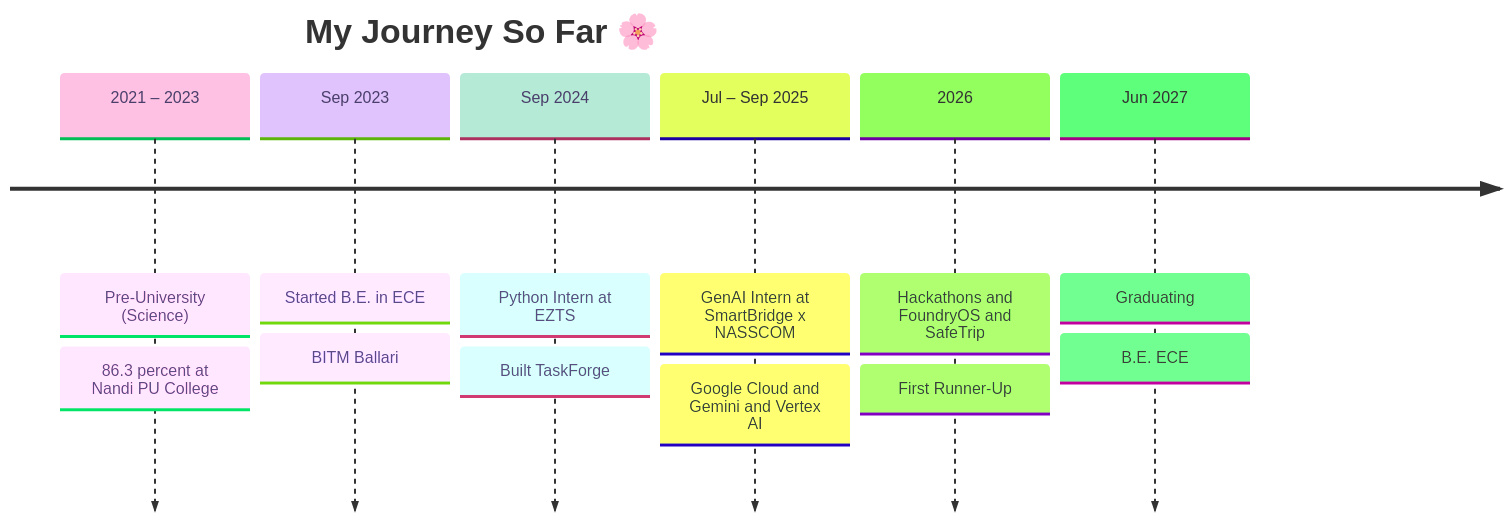
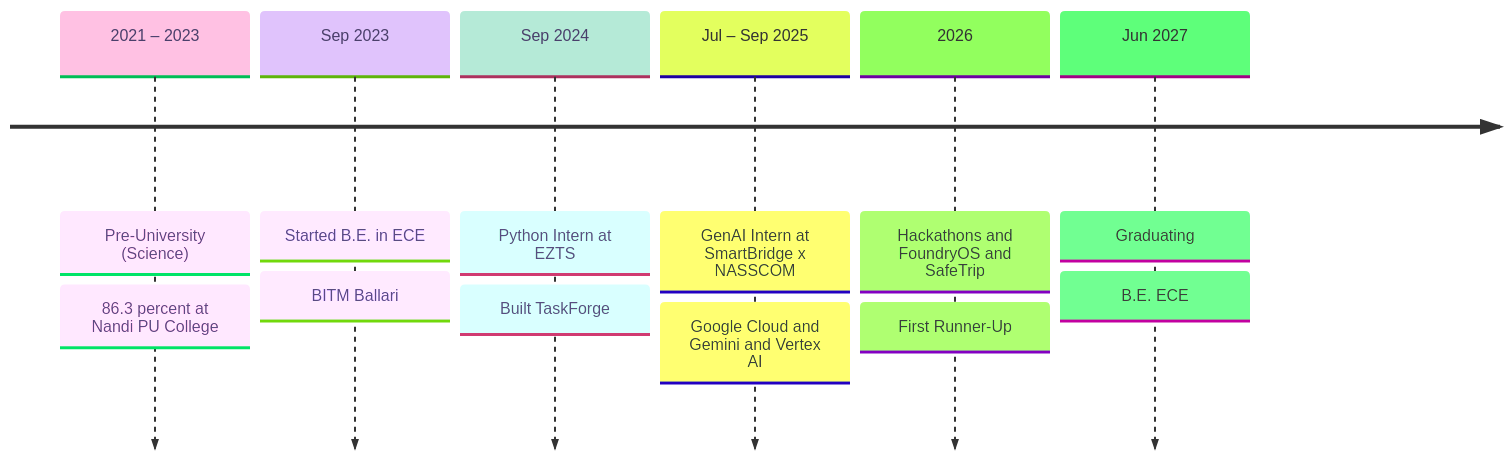
The fifth of 5 diagrams in README.md (Sayeedazaiba/Sayeedazaiba), drawn with Mermaid before and after one commit. The commit also changed other lines of this file, not shown here.

````diff
--- a/README.md
+++ b/README.md
@@ -249,11 +249,10 @@
 ```mermaid
 %%{init: {'theme':'base','themeVariables':{'cScale0':'#FFC1E3','cScale1':'#E0C3FC','cScale2':'#B5EAD7','cScaleLabel0':'#4A3F6B','cScaleLabel1':'#4A3F6B','cScaleLabel2':'#4A3F6B','fontFamily':'Fira Code'}}}%%
 timeline
-    title My Journey So Far 🌸
     2021 – 2023 : Pre-University (Science) : 86.3 percent at Nandi PU College
     Sep 2023 : Started B.E. in ECE : BITM Ballari
     Sep 2024 : Python Intern at EZTS : Built TaskForge
     Jul – Sep 2025 : GenAI Intern at SmartBridge x NASSCOM : Google Cloud and Gemini and Vertex AI
     2026 : Hackathons and FoundryOS and SafeTrip : First Runner-Up
     Jun 2027 : Graduating : B.E. ECE
 ```
````
